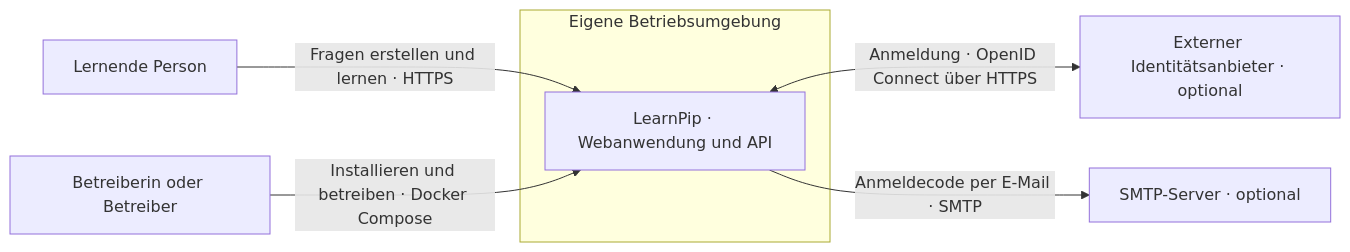
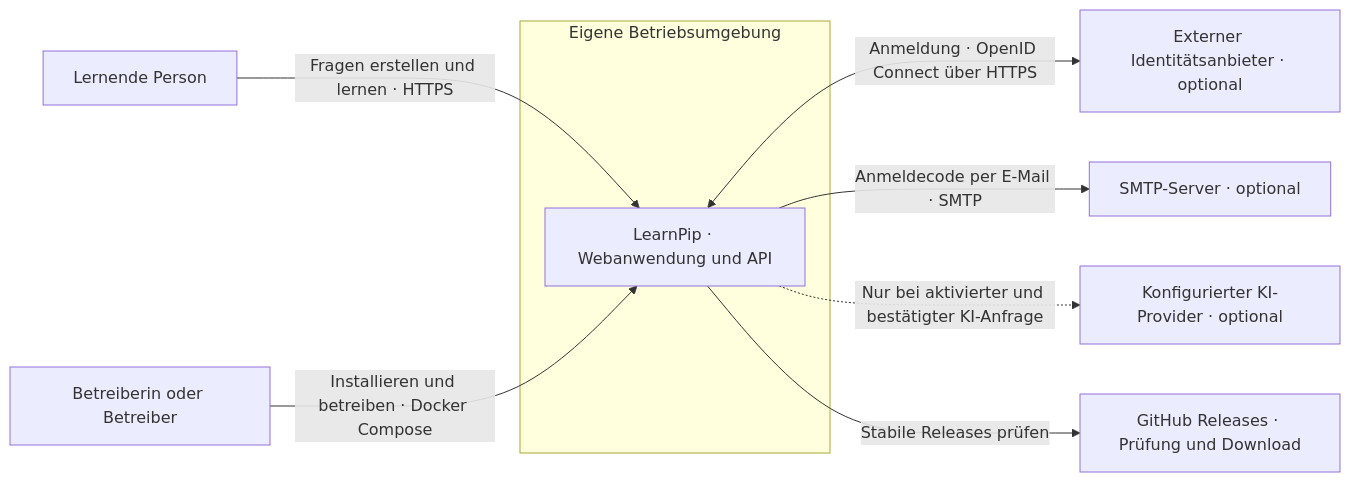
Before and after one commit to kennfarbe/LearnPip: the diagram in docs/architecture/C1-system-context.md, drawn with Mermaid. The commit also changed other lines of this file, not shown here.

Commit message:
docs: update German system context for implemented optional services

````diff
--- a/docs/architecture/C1-system-context.md
+++ b/docs/architecture/C1-system-context.md
@@ -9,15 +9,19 @@
 ```mermaid
 flowchart LR
     learner["Lernende Person"]
     operator["Betreiberin oder Betreiber"]
     subgraph boundary["Eigene Betriebsumgebung"]
         learnpip["LearnPip · Webanwendung und API"]
     end
     oidc["Externer Identitätsanbieter · optional"]
     smtp["SMTP-Server · optional"]
+    ai["Konfigurierter KI-Provider · optional"]
+    releases["GitHub Releases · Prüfung und Download"]
 
     learner -->|"Fragen erstellen und lernen · HTTPS"| learnpip
     operator -->|"Installieren und betreiben · Docker Compose"| learnpip
     learnpip <-->|"Anmeldung · OpenID Connect über HTTPS"| oidc
     learnpip -->|"Anmeldecode per E-Mail · SMTP"| smtp
+    learnpip -.->|"Nur bei aktivierter und bestätigter KI-Anfrage"| ai
+    learnpip -->|"Stabile Releases prüfen"| releases
 ```
````
